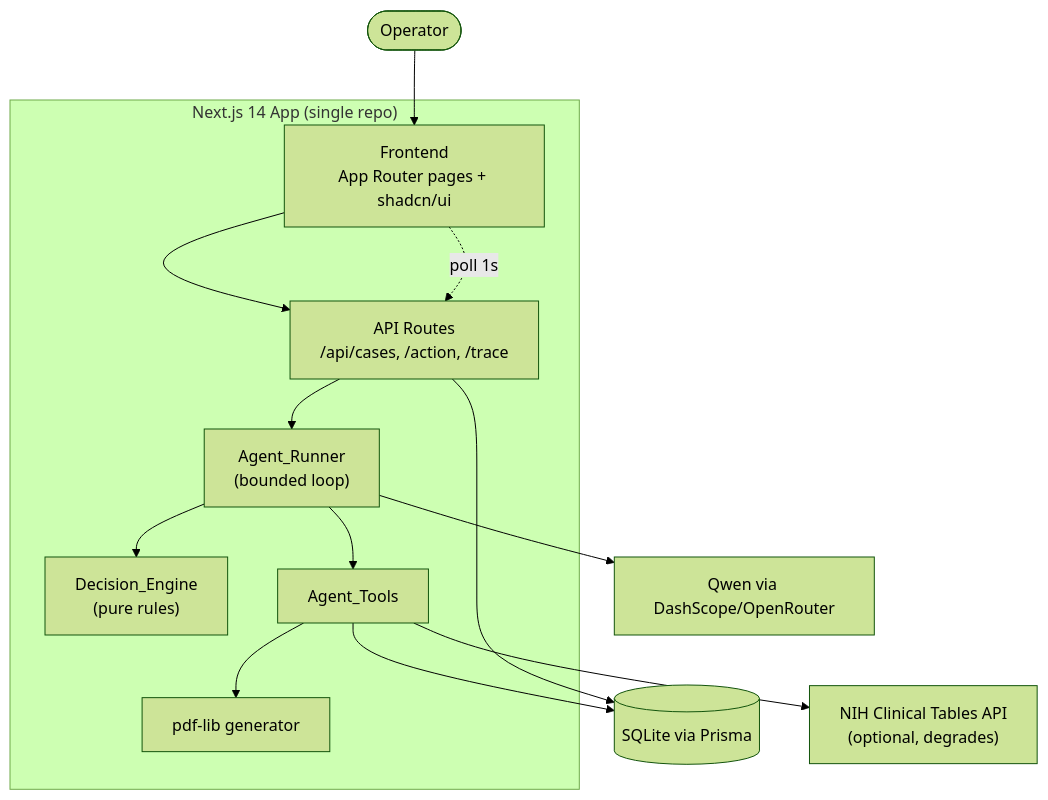
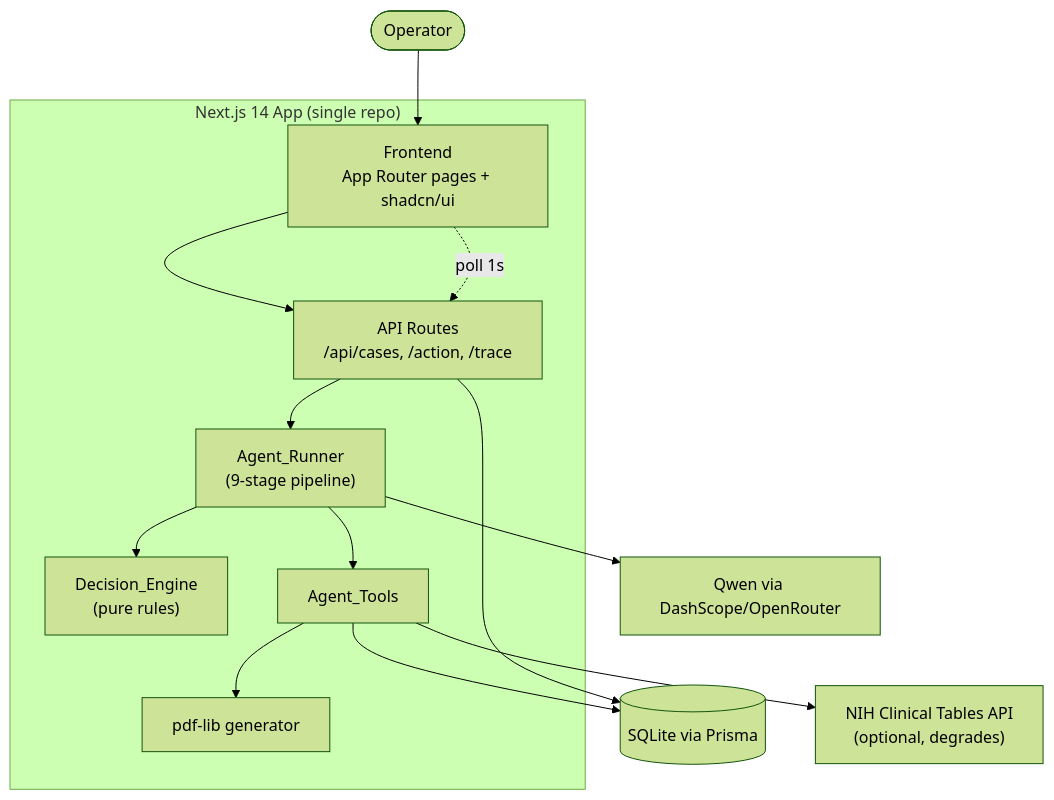
One commit to greninja-op/HOSPITAL-INSURANCE-AGENT-AUTOMATION changed the first of 3 diagrams in .kiro/specs/authpilot/design.md. Above: the diagram before and after it, drawn with Mermaid (forest theme). The commit also changed other lines of this file, not shown here.

Commit message:
Update AuthPilot design for multi-stage agent pipeline

````diff
--- a/.kiro/specs/authpilot/design.md
+++ b/.kiro/specs/authpilot/design.md
@@ -30,27 +36,27 @@
 ```mermaid
 graph TB
     Operator([Operator])
     subgraph Next["Next.js 14 App (single repo)"]
         UI["Frontend<br/>App Router pages + shadcn/ui"]
         API["API Routes<br/>/api/cases, /action, /trace"]
-        Runner["Agent_Runner<br/>(bounded loop)"]
+        Runner["Agent_Runner<br/>(9-stage pipeline)"]
         Engine["Decision_Engine<br/>(pure rules)"]
         Tools["Agent_Tools"]
         PDF["pdf-lib generator"]
     end
     DB[("SQLite via Prisma")]
     Qwen["Qwen via DashScope/OpenRouter"]
     NIH["NIH Clinical Tables API<br/>(optional, degrades)"]
 
     Operator --> UI
     UI --> API
     API --> Runner
     Runner --> Engine
     Runner --> Tools
     Runner --> Qwen
     Tools --> DB
     Tools --> NIH
     Tools --> PDF
     API --> DB
     UI -. poll 1s .-> API
 ```
````
